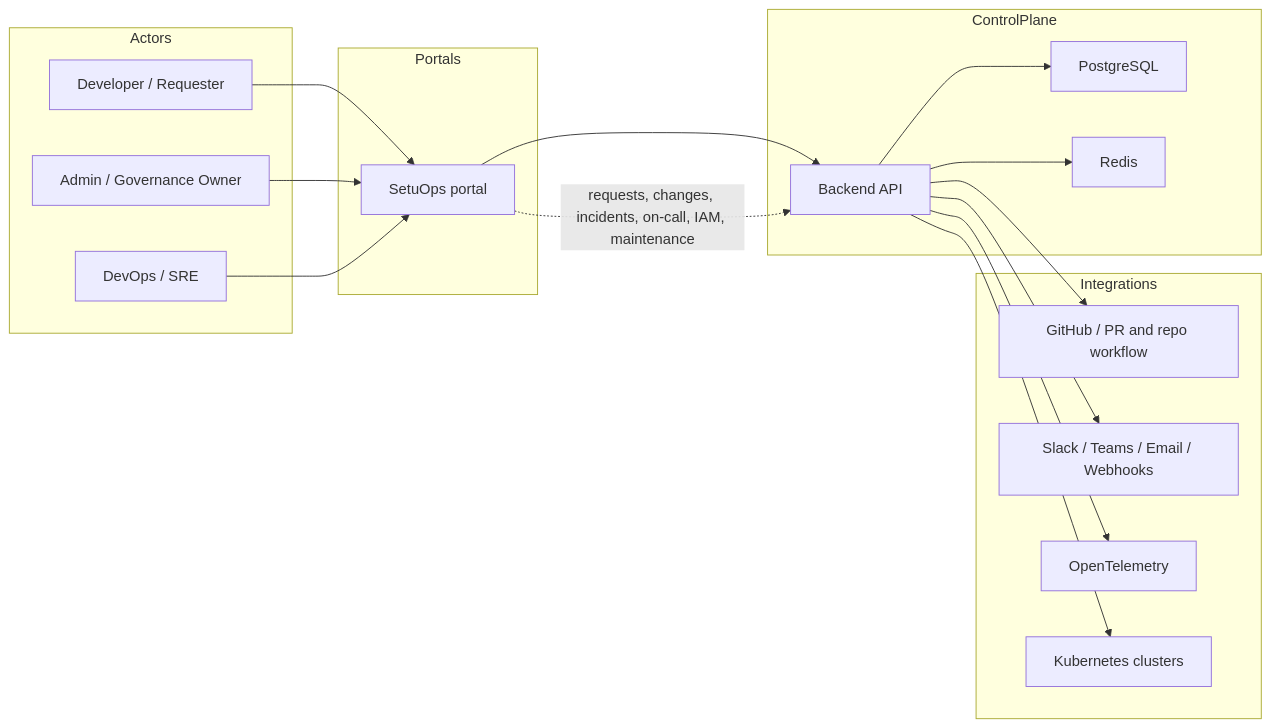
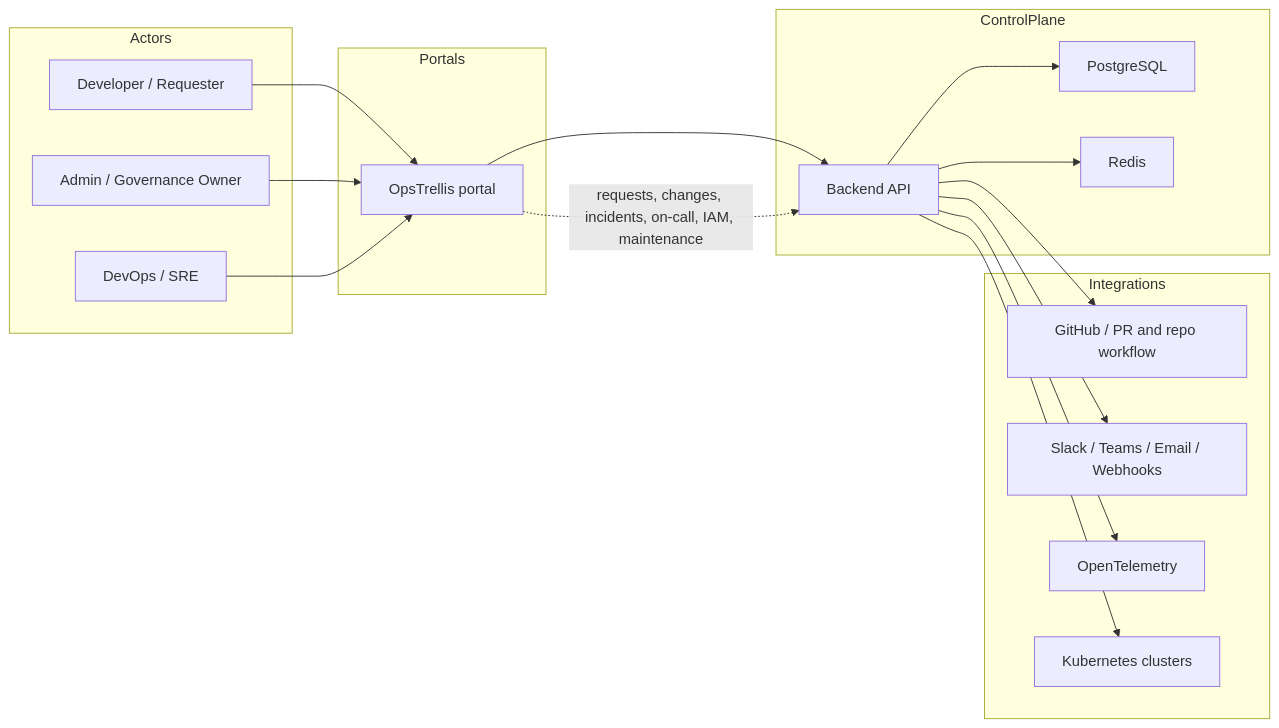
The first of 4 diagrams in docs/ARCHITECTURE.md (shashank3656/devops_project), drawn with Mermaid before and after one commit. The commit also changed other lines of this file and 93 other files, not shown here.

````diff
--- a/docs/ARCHITECTURE.md
+++ b/docs/ARCHITECTURE.md
@@ -20,40 +20,40 @@
 ```mermaid
 flowchart LR
     subgraph Actors
         Dev["Developer / Requester"]
         AdminUser["Admin / Governance Owner"]
         SRE["DevOps / SRE"]
     end
 
     subgraph Portals
-        DevOpsPortal["SetuOps portal"]
+        DevOpsPortal["OpsTrellis portal"]
     end
 
     subgraph ControlPlane
         API["Backend API"]
         DB["PostgreSQL"]
         Redis["Redis"]
     end
 
     subgraph Integrations
         GitHub["GitHub / PR and repo workflow"]
         Notify["Slack / Teams / Email / Webhooks"]
         OTel["OpenTelemetry"]
         K8s["Kubernetes clusters"]
     end
 
     Dev --> DevOpsPortal
     AdminUser --> DevOpsPortal
     SRE --> DevOpsPortal
 
     DevOpsPortal --> API
 
     API --> DB
     API --> Redis
     API --> GitHub
     API --> Notify
     API --> OTel
     API --> K8s
 
     DevOpsPortal -. "requests, changes, incidents, on-call, IAM, maintenance" .-> API
 ```
````
